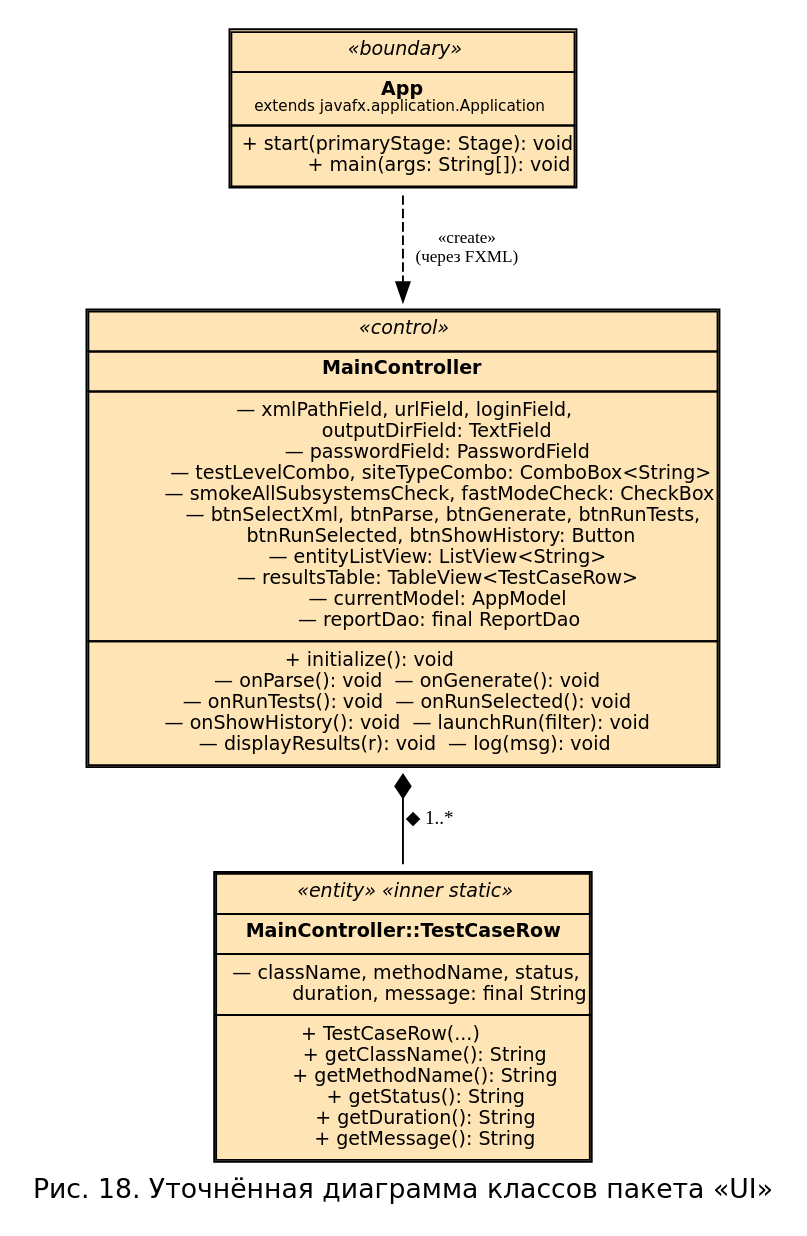
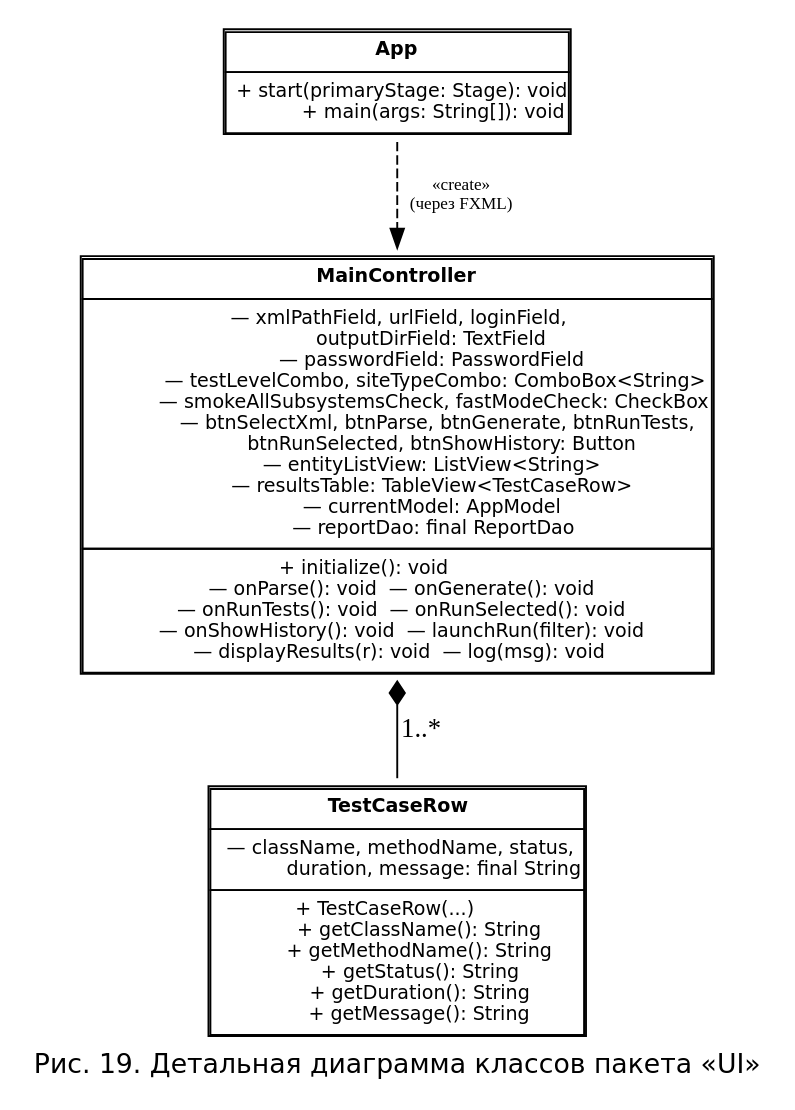
Before and after one commit to nastolbov/AutoTestGeneratorUpdate: the diagram in diagrams/cls_ui_detail.dot, drawn with Graphviz. The commit also changed 37 other files, not shown here.

```diff
--- a/diagrams/cls_ui_detail.dot
+++ b/diagrams/cls_ui_detail.dot
@@ -1,57 +1,50 @@
-digraph ClsUI {
-    rankdir=TB;
-    fontname="DejaVu Sans";
-    label="Рис. 18. Уточнённая диаграмма классов пакета «UI»";
-    labelloc="b";
-    fontsize=14;
+digraph UID {
+    rankdir=TB; fontname="DejaVu Sans"; fontsize=14;
+    label="Рис. 19. Детальная диаграмма классов пакета «UI»"; labelloc=b;
     nodesep=0.5;
-
     node [fontname="DejaVu Sans", fontsize=10, shape=plaintext];
 
     App [label=<
-        <TABLE BORDER="1" CELLBORDER="1" CELLSPACING="0" CELLPADDING="4" BGCOLOR="#FFE4B5">
-        <TR><TD ALIGN="CENTER"><I>«boundary»</I></TD></TR>
-        <TR><TD ALIGN="CENTER"><B>App</B><BR/><FONT POINT-SIZE="8">extends javafx.application.Application</FONT></TD></TR>
+        <TABLE BORDER="1" CELLBORDER="1" CELLSPACING="0" CELLPADDING="4" BGCOLOR="white">
+        <TR><TD ALIGN="CENTER"><B>App</B></TD></TR>
         <TR><TD ALIGN="LEFT">+ start(primaryStage: Stage): void<BR/>
             + main(args: String[]): void</TD></TR>
         </TABLE>>];
 
     MainController [label=<
-        <TABLE BORDER="1" CELLBORDER="1" CELLSPACING="0" CELLPADDING="4" BGCOLOR="#FFE4B5">
-        <TR><TD ALIGN="CENTER"><I>«control»</I></TD></TR>
+        <TABLE BORDER="1" CELLBORDER="1" CELLSPACING="0" CELLPADDING="4" BGCOLOR="white">
         <TR><TD ALIGN="CENTER"><B>MainController</B></TD></TR>
         <TR><TD ALIGN="LEFT">— xmlPathField, urlField, loginField,<BR/>
             outputDirField: TextField<BR/>
             — passwordField: PasswordField<BR/>
             — testLevelCombo, siteTypeCombo: ComboBox&lt;String&gt;<BR/>
             — smokeAllSubsystemsCheck, fastModeCheck: CheckBox<BR/>
             — btnSelectXml, btnParse, btnGenerate, btnRunTests,<BR/>
-            btnRunSelected, btnShowHistory: Button<BR/>
+              btnRunSelected, btnShowHistory: Button<BR/>
             — entityListView: ListView&lt;String&gt;<BR/>
             — resultsTable: TableView&lt;TestCaseRow&gt;<BR/>
             — currentModel: AppModel<BR/>
             — reportDao: final ReportDao</TD></TR>
         <TR><TD ALIGN="LEFT">+ initialize(): void<BR/>
             — onParse(): void  — onGenerate(): void<BR/>
             — onRunTests(): void  — onRunSelected(): void<BR/>
             — onShowHistory(): void  — launchRun(filter): void<BR/>
             — displayResults(r): void  — log(msg): void</TD></TR>
         </TABLE>>];
 
     TestCaseRow [label=<
-        <TABLE BORDER="1" CELLBORDER="1" CELLSPACING="0" CELLPADDING="4" BGCOLOR="#FFE4B5">
-        <TR><TD ALIGN="CENTER"><I>«entity» «inner static»</I></TD></TR>
-        <TR><TD ALIGN="CENTER"><B>MainController::TestCaseRow</B></TD></TR>
+        <TABLE BORDER="1" CELLBORDER="1" CELLSPACING="0" CELLPADDING="4" BGCOLOR="white">
+        <TR><TD ALIGN="CENTER"><B>TestCaseRow</B></TD></TR>
         <TR><TD ALIGN="LEFT">— className, methodName, status,<BR/>
             duration, message: final String</TD></TR>
         <TR><TD ALIGN="LEFT">+ TestCaseRow(...)<BR/>
             + getClassName(): String<BR/>
             + getMethodName(): String<BR/>
             + getStatus(): String<BR/>
             + getDuration(): String<BR/>
             + getMessage(): String</TD></TR>
         </TABLE>>];
 
     App -> MainController [label="«create»\n(через FXML)", style=dashed, fontsize=9];
-    MainController -> TestCaseRow [label="◆ 1..*", fontsize=10, arrowtail=diamond, dir=back];
+    MainController -> TestCaseRow [arrowtail=diamond, dir=back, label="1..*"];
 }
```
